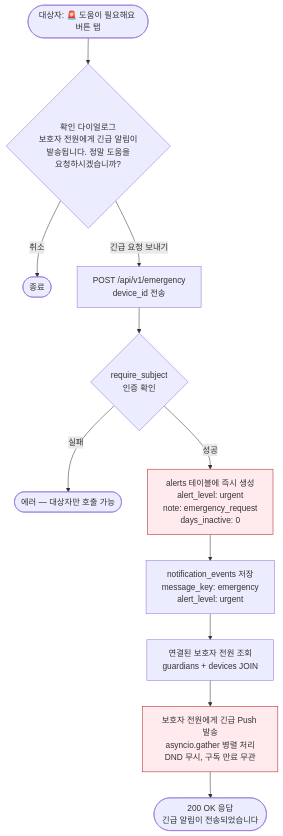
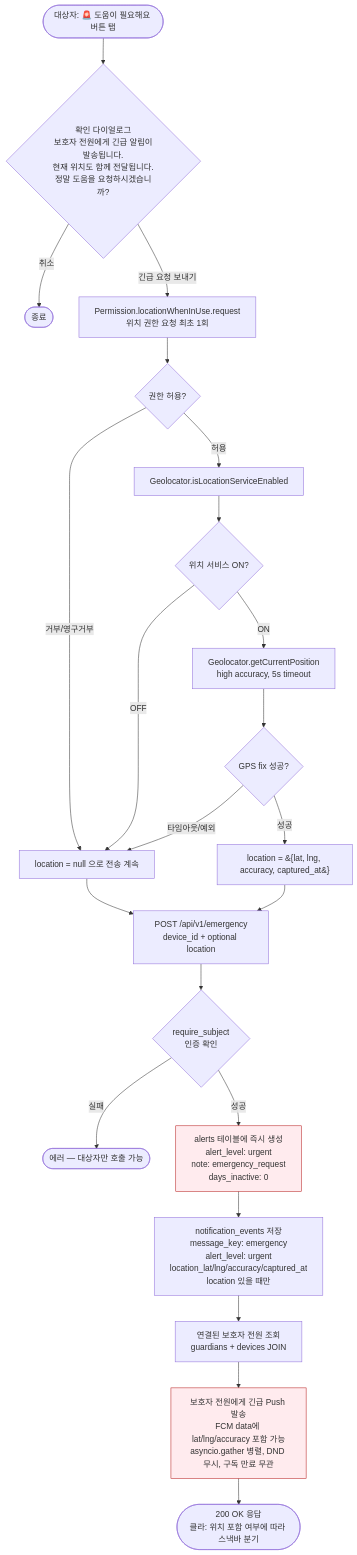
One commit to l10s18bok/kr.co.anbucheck changed the seventh of 8 diagrams in .claude/rules/heartbeat_flowchart.md. Above: the diagram before and after it, drawn with Mermaid. The commit also changed other lines of this file and 65 other files, not shown here.

````diff
--- a/.claude/rules/heartbeat_flowchart.md
+++ b/.claude/rules/heartbeat_flowchart.md
@@ -237,23 +237,38 @@
 ```mermaid
 flowchart TD
     Start([대상자: 🚨 도움이 필요해요 버튼 탭])
-    Start --> Confirm{확인 다이얼로그<br/>보호자 전원에게 긴급 알림이<br/>발송됩니다. 정말 도움을<br/>요청하시겠습니까?}
+    Start --> Confirm{확인 다이얼로그<br/>보호자 전원에게 긴급 알림이<br/>발송됩니다.<br/>현재 위치도 함께 전달됩니다.<br/>정말 도움을 요청하시겠습니까?}
 
     Confirm -->|취소| End0([종료])
-    Confirm -->|긴급 요청 보내기| Send[POST /api/v1/emergency<br/>device_id 전송]
+    Confirm -->|긴급 요청 보내기| PermCheck[Permission.locationWhenInUse.request<br/>위치 권한 요청 최초 1회]
+
+    PermCheck --> PermResult{권한 허용?}
+    PermResult -->|거부/영구거부| NoLoc[location = null 으로 전송 계속]
+    PermResult -->|허용| SvcCheck[Geolocator.isLocationServiceEnabled]
+
+    SvcCheck --> SvcResult{위치 서비스 ON?}
+    SvcResult -->|OFF| NoLoc
+    SvcResult -->|ON| GetLoc[Geolocator.getCurrentPosition<br/>high accuracy, 5s timeout]
+
+    GetLoc --> GetResult{GPS fix 성공?}
+    GetResult -->|타임아웃/예외| NoLoc
+    GetResult -->|성공| WithLoc[location = &#123;lat, lng, accuracy, captured_at&#125;]
+
+    NoLoc --> Send[POST /api/v1/emergency<br/>device_id + optional location]
+    WithLoc --> Send
 
     Send --> Auth{require_subject<br/>인증 확인}
     Auth -->|실패| Error([에러 — 대상자만 호출 가능])
     Auth -->|성공| CreateAlert[alerts 테이블에 즉시 생성<br/>alert_level: urgent<br/>note: emergency_request<br/>days_inactive: 0]
 
-    CreateAlert --> SaveNoti[notification_events 저장<br/>message_key: emergency<br/>alert_level: urgent]
+    CreateAlert --> SaveNoti[notification_events 저장<br/>message_key: emergency<br/>alert_level: urgent<br/>location_lat/lng/accuracy/captured_at<br/>location 있을 때만]
 
     SaveNoti --> FindGuardians[연결된 보호자 전원 조회<br/>guardians + devices JOIN]
 
-    FindGuardians --> Push[보호자 전원에게 긴급 Push 발송<br/>asyncio.gather 병렬 처리<br/>DND 무시, 구독 만료 무관]
+    FindGuardians --> Push[보호자 전원에게 긴급 Push 발송<br/>FCM data에 lat/lng/accuracy 포함 가능<br/>asyncio.gather 병렬, DND 무시, 구독 만료 무관]
 
-    Push --> Response([200 OK 응답<br/>긴급 알림이 전송되었습니다])
+    Push --> Response([200 OK 응답<br/>클라: 위치 포함 여부에 따라 스낵바 분기])
 
     style CreateAlert fill:#FFEBEE,stroke:#B71C1C
     style Push fill:#FFEBEE,stroke:#B71C1C
 ```
````
